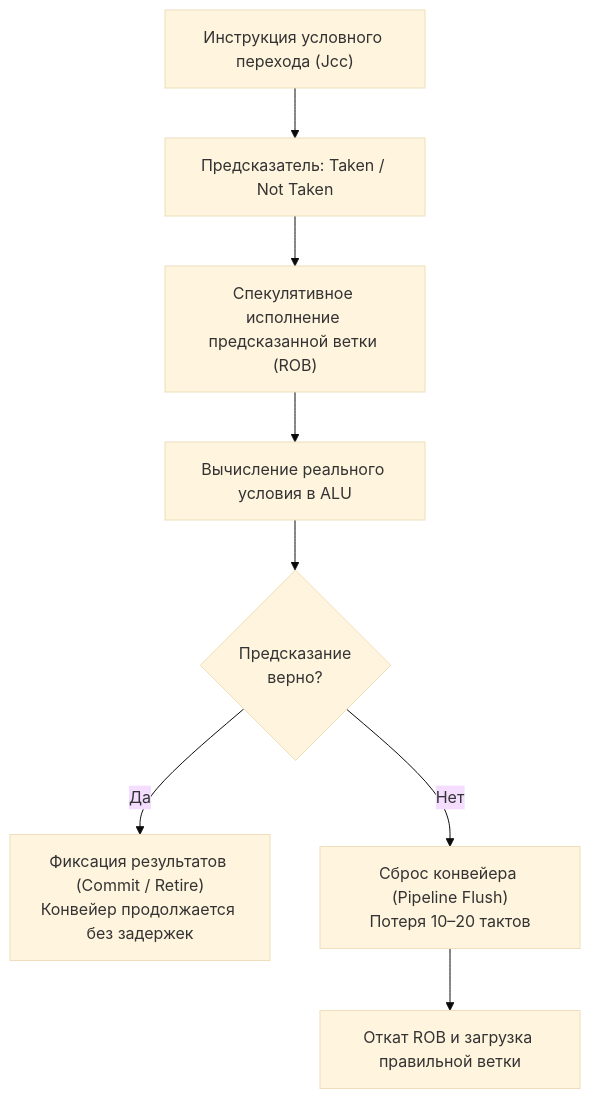
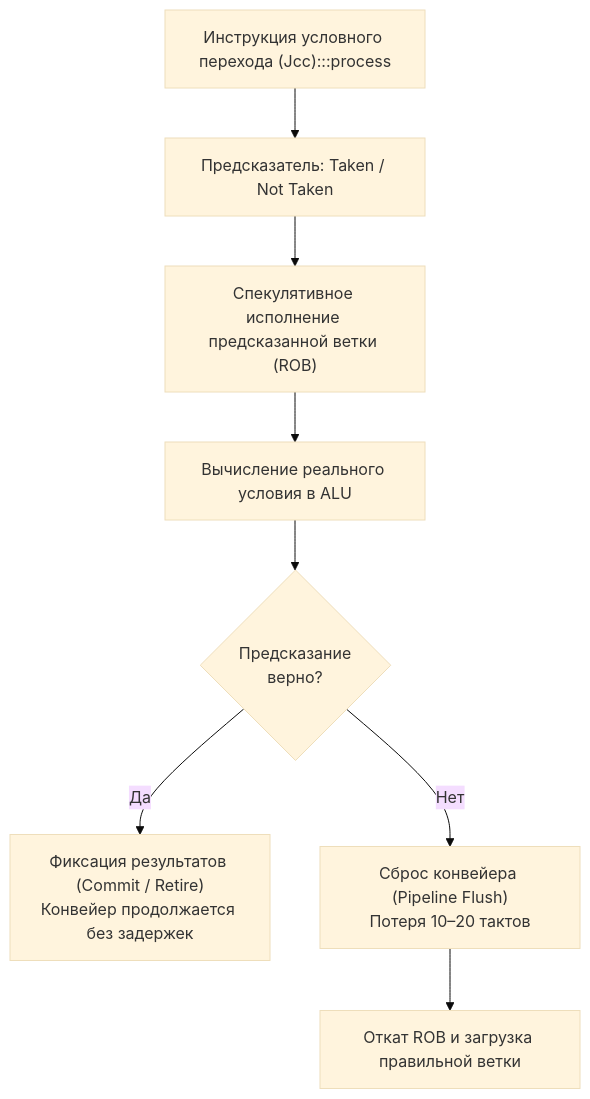
The first of 2 diagrams in sources/16. Профилирование, отладка и производительность/03. CPU profiling/6. Branch prediction и код.md (UnrealTemplier/go-textbook), drawn with Mermaid (base theme) before and after one commit. The commit also changed other lines of this file and 1666 other files, not shown here.

First line of the commit message:
feat(mermaid): add semantic color classDef to 1369 colorless flowchart/graph diagrams

````diff
--- a/sources/16. Профилирование, отладка и производительность/03. CPU profiling/6. Branch prediction и код.md
+++ b/sources/16. Профилирование, отладка и производительность/03. CPU profiling/6. Branch prediction и код.md
@@ -44,10 +44,20 @@
 ```mermaid
 flowchart TD
-    Start["Инструкция условного перехода (Jcc)"] --> Predict["Предсказатель: Taken / Not Taken"]
+    classDef process  fill:#1e293b,stroke:#38bdf8,stroke-width:1px,color:#f8fafc
+    classDef success  fill:#064e3b,stroke:#34d399,stroke-width:1px,color:#f8fafc
+    classDef error    fill:#7f1d1d,stroke:#f87171,stroke-width:1px,color:#f8fafc
+    classDef warning  fill:#78350f,stroke:#fbbf24,stroke-width:1px,color:#f8fafc
+    classDef entry    fill:#1e3a5f,stroke:#38bdf8,stroke-width:2px,color:#f8fafc
+    classDef aux      fill:#334155,stroke:#64748b,stroke-width:1px,color:#f8fafc
+    classDef system   fill:#312e81,stroke:#a78bfa,stroke-width:1px,color:#f8fafc
+    classDef data     fill:#132d29,stroke:#2dd4bf,stroke-width:1px,color:#f8fafc
+    classDef network  fill:#881337,stroke:#fb7185,stroke-width:1px,color:#f8fafc
+    classDef accent   fill:#1e1b4b,stroke:#818cf8,stroke-width:1px,color:#f8fafc
+    Start["Инструкция условного перехода (Jcc):::process"] --> Predict["Предсказатель: Taken / Not Taken"]
     Predict --> SpecExec["Спекулятивное исполнение предсказанной ветки (ROB)"]
     SpecExec --> Resolve["Вычисление реального условия в ALU"]
     Resolve --> Check{"Предсказание<br>верно?"}
     Check -- "Да" --> Commit["Фиксация результатов (Commit / Retire)<br>Конвейер продолжается без задержек"]
     Check -- "Нет" --> Flush["Сброс конвейера (Pipeline Flush)<br>Потеря 10–20 тактов"]
     Flush --> CorrectPath["Откат ROB и загрузка правильной ветки"]
 ```
````
